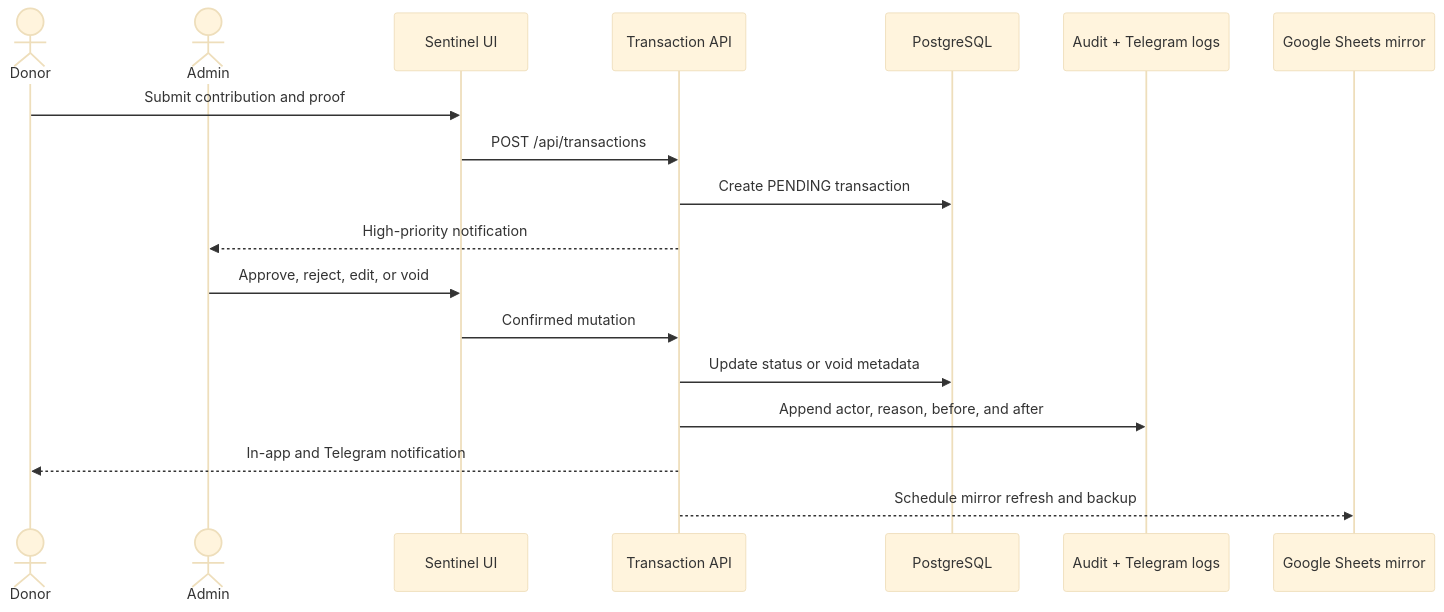
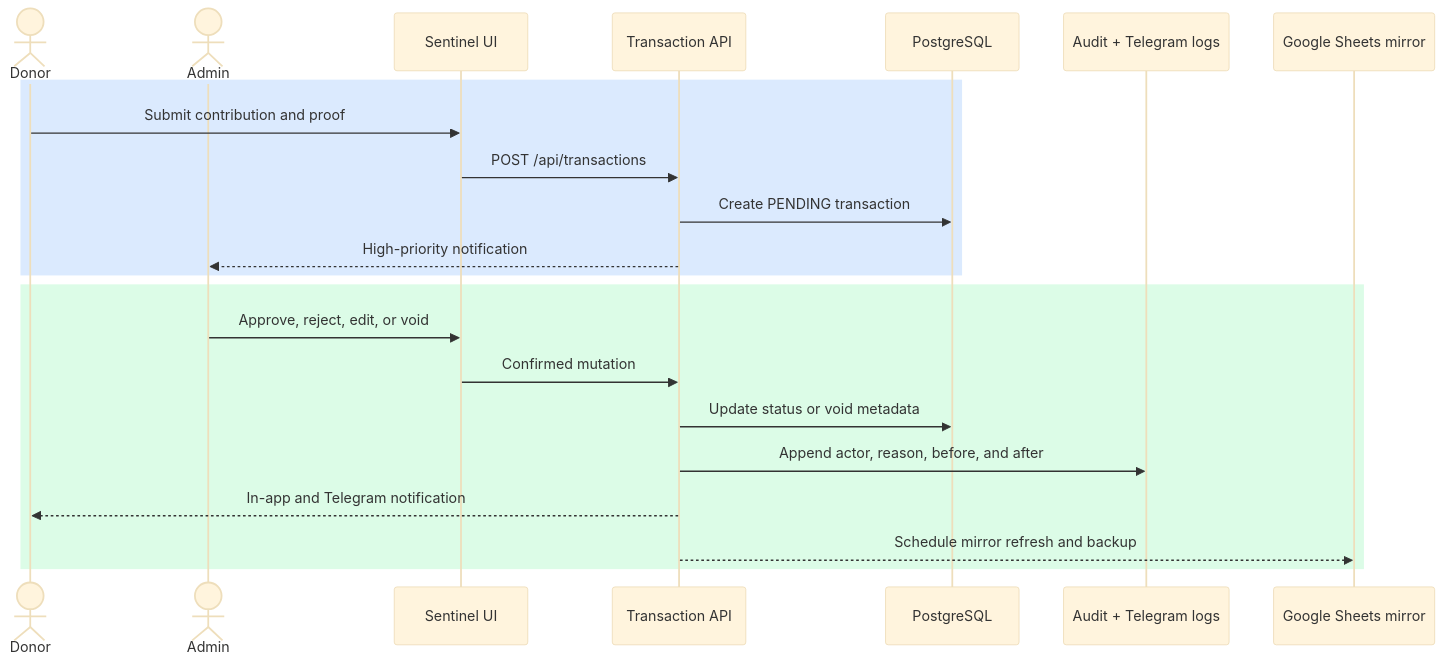
Before and after one commit to zxcvresque/Pzp-Sentinel: the second of 7 diagrams in README.md, drawn with Mermaid (base theme). The commit also changed other lines of this file and 26 other files, not shown here.

````diff
--- a/README.md
+++ b/README.md
@@ -131,21 +140,25 @@
 ```mermaid
 sequenceDiagram
     actor Donor
     actor Admin
     participant UI as Sentinel UI
     participant API as Transaction API
     participant DB as PostgreSQL
     participant Audit as Audit + Telegram logs
     participant Sheets as Google Sheets mirror
 
-    Donor->>UI: Submit contribution and proof
-    UI->>API: POST /api/transactions
-    API->>DB: Create PENDING transaction
-    API-->>Admin: High-priority notification
-    Admin->>UI: Approve, reject, edit, or void
-    UI->>API: Confirmed mutation
-    API->>DB: Update status or void metadata
-    API->>Audit: Append actor, reason, before, and after
-    API-->>Donor: In-app and Telegram notification
-    API-->>Sheets: Schedule mirror refresh and backup
+    rect rgb(219, 234, 254)
+        Donor->>UI: Submit contribution and proof
+        UI->>API: POST /api/transactions
+        API->>DB: Create PENDING transaction
+        API-->>Admin: High-priority notification
+    end
+    rect rgb(220, 252, 231)
+        Admin->>UI: Approve, reject, edit, or void
+        UI->>API: Confirmed mutation
+        API->>DB: Update status or void metadata
+        API->>Audit: Append actor, reason, before, and after
+        API-->>Donor: In-app and Telegram notification
+        API-->>Sheets: Schedule mirror refresh and backup
+    end
 ```
````
